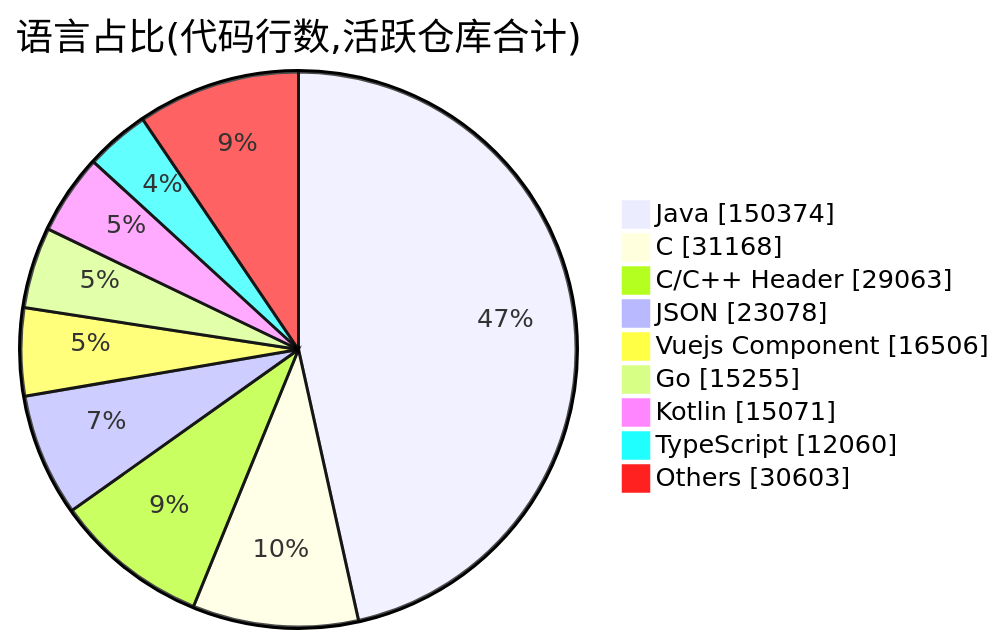
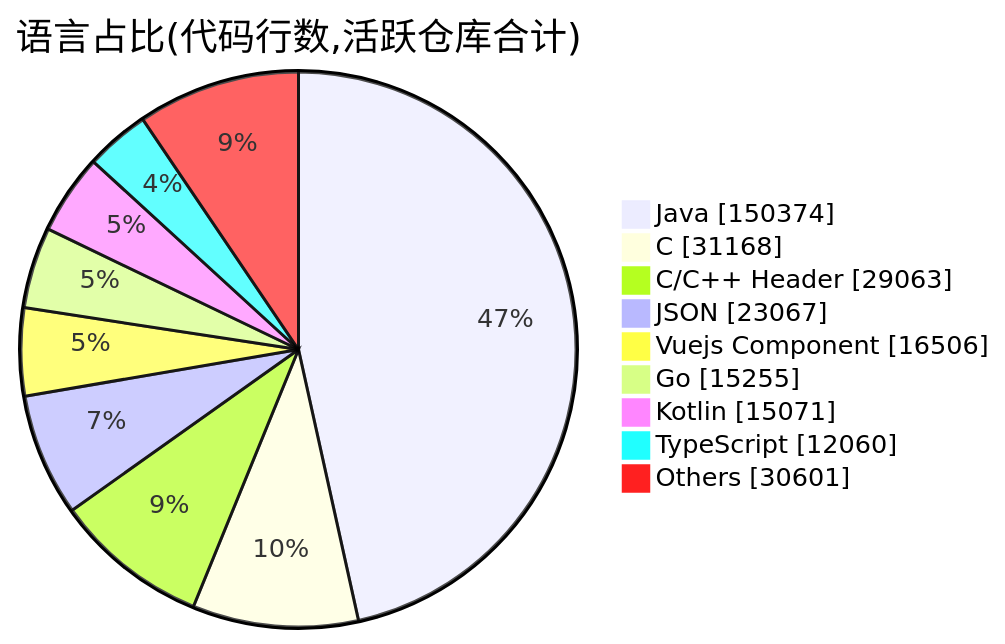
One commit to Conflux-Union/.github changed the second of 2 diagrams in profile/README.md. Above: the diagram before and after it, drawn with Mermaid. The commit also changed other lines of this file and 1 other file, not shown here.

````diff
--- a/profile/README.md
+++ b/profile/README.md
@@ -78,13 +78,13 @@
 ```mermaid
 pie showData
     title 语言占比(代码行数,活跃仓库合计)
     "Java" : 150374
     "C" : 31168
     "C/C++ Header" : 29063
-    "JSON" : 23078
+    "JSON" : 23067
     "Vuejs Component" : 16506
     "Go" : 15255
     "Kotlin" : 15071
     "TypeScript" : 12060
-    "Others" : 30603
+    "Others" : 30601
 ```
````
